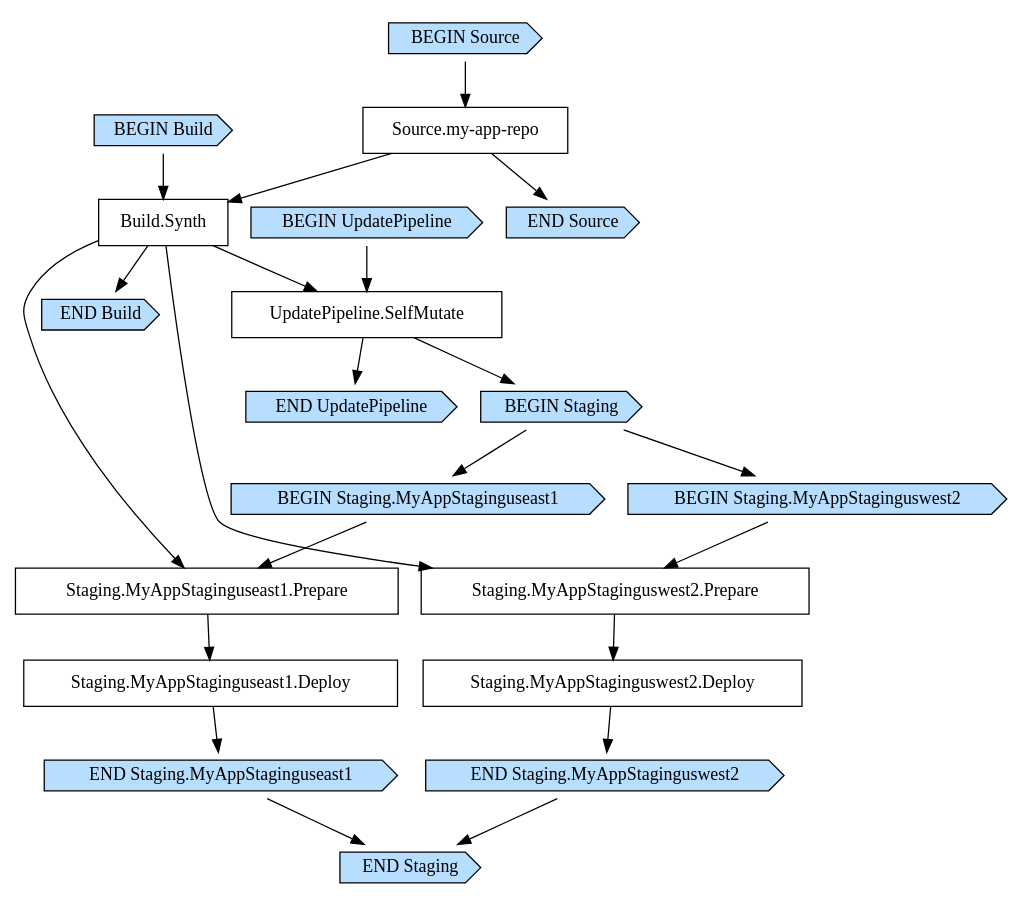
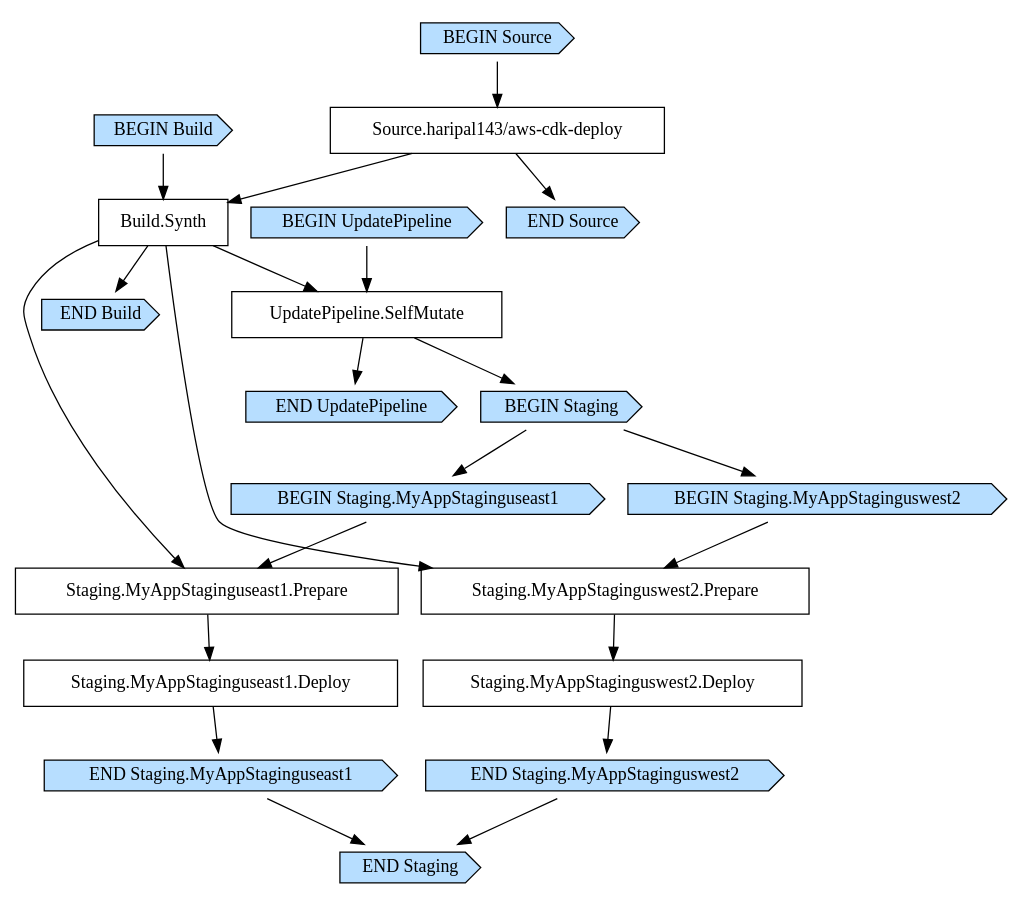
Before and after one commit to haripal143/aws-cdk-deploy: the diagram in cdk.out/MyAppPipelineABE64D54.dot, drawn with Graphviz. The commit also changed 12 other files, not shown here.

```diff
--- a/cdk.out/MyAppPipelineABE64D54.dot
+++ b/cdk.out/MyAppPipelineABE64D54.dot
@@ -1,47 +1,47 @@
 digraph G {
   # Arrows represent an "unlocks" relationship (opposite of dependency). So chosen
   # because the layout looks more natural that way.
   # To represent subgraph dependencies, subgraphs are represented by BEGIN/END nodes.
   # To render: `dot -Tsvg MyAppPipelineABE64D54.dot > graph.svg`, open in a browser.
   node [shape="box"];
 "BEGIN Build" [shape="cds", style="filled", fillcolor="#b7deff"];
 "END Build" [shape="cds", style="filled", fillcolor="#b7deff"];
 "Build.Synth";
-"Source.my-app-repo" -> "Build.Synth";
+"Source.haripal143/aws-cdk-deploy" -> "Build.Synth";
 "BEGIN Build" -> "Build.Synth";
 "Build.Synth" -> "END Build";
 "BEGIN UpdatePipeline" [shape="cds", style="filled", fillcolor="#b7deff"];
 "END UpdatePipeline" [shape="cds", style="filled", fillcolor="#b7deff"];
 "UpdatePipeline.SelfMutate";
 "Build.Synth" -> "UpdatePipeline.SelfMutate";
 "BEGIN UpdatePipeline" -> "UpdatePipeline.SelfMutate";
 "UpdatePipeline.SelfMutate" -> "END UpdatePipeline";
 "BEGIN Staging" [shape="cds", style="filled", fillcolor="#b7deff"];
 "END Staging" [shape="cds", style="filled", fillcolor="#b7deff"];
 "UpdatePipeline.SelfMutate" -> "BEGIN Staging";
 "BEGIN Staging.MyAppStaginguseast1" [shape="cds", style="filled", fillcolor="#b7deff"];
 "END Staging.MyAppStaginguseast1" [shape="cds", style="filled", fillcolor="#b7deff"];
 "Staging.MyAppStaginguseast1.Deploy";
 "Staging.MyAppStaginguseast1.Prepare" -> "Staging.MyAppStaginguseast1.Deploy";
 "Staging.MyAppStaginguseast1.Prepare";
 "Build.Synth" -> "Staging.MyAppStaginguseast1.Prepare";
 "BEGIN Staging.MyAppStaginguseast1" -> "Staging.MyAppStaginguseast1.Prepare";
 "Staging.MyAppStaginguseast1.Deploy" -> "END Staging.MyAppStaginguseast1";
 "BEGIN Staging.MyAppStaginguswest2" [shape="cds", style="filled", fillcolor="#b7deff"];
 "END Staging.MyAppStaginguswest2" [shape="cds", style="filled", fillcolor="#b7deff"];
 "Staging.MyAppStaginguswest2.Deploy";
 "Staging.MyAppStaginguswest2.Prepare" -> "Staging.MyAppStaginguswest2.Deploy";
 "Staging.MyAppStaginguswest2.Prepare";
 "Build.Synth" -> "Staging.MyAppStaginguswest2.Prepare";
 "BEGIN Staging.MyAppStaginguswest2" -> "Staging.MyAppStaginguswest2.Prepare";
 "Staging.MyAppStaginguswest2.Deploy" -> "END Staging.MyAppStaginguswest2";
 "BEGIN Staging" -> "BEGIN Staging.MyAppStaginguseast1";
 "BEGIN Staging" -> "BEGIN Staging.MyAppStaginguswest2";
 "END Staging.MyAppStaginguseast1" -> "END Staging";
 "END Staging.MyAppStaginguswest2" -> "END Staging";
 "BEGIN Source" [shape="cds", style="filled", fillcolor="#b7deff"];
 "END Source" [shape="cds", style="filled", fillcolor="#b7deff"];
-"Source.my-app-repo";
-"BEGIN Source" -> "Source.my-app-repo";
-"Source.my-app-repo" -> "END Source";
+"Source.haripal143/aws-cdk-deploy";
+"BEGIN Source" -> "Source.haripal143/aws-cdk-deploy";
+"Source.haripal143/aws-cdk-deploy" -> "END Source";
 }
```
